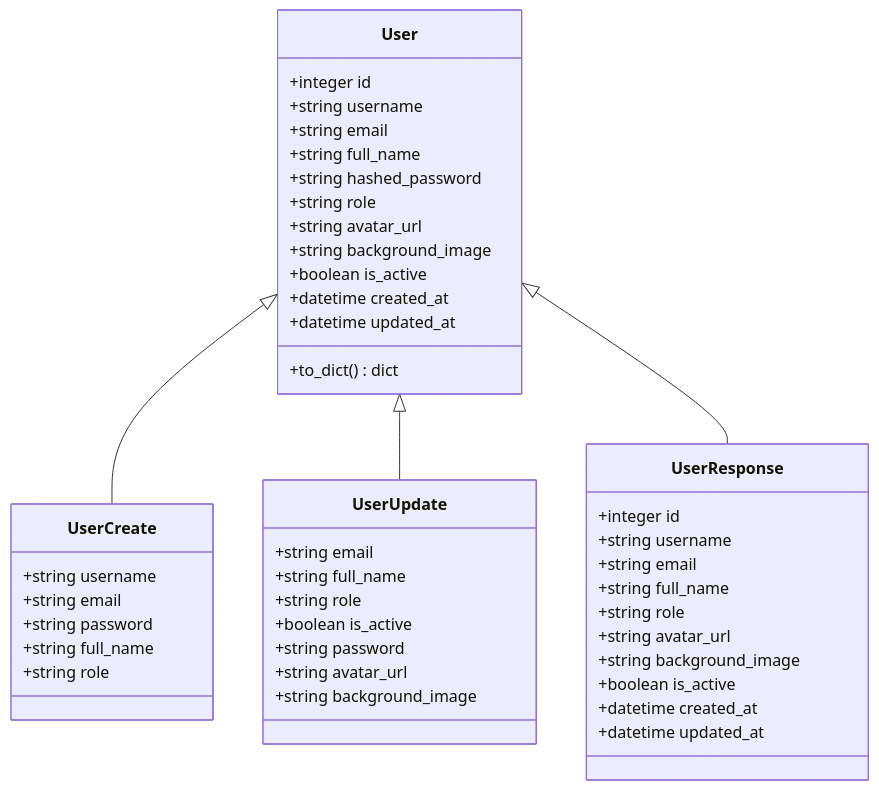
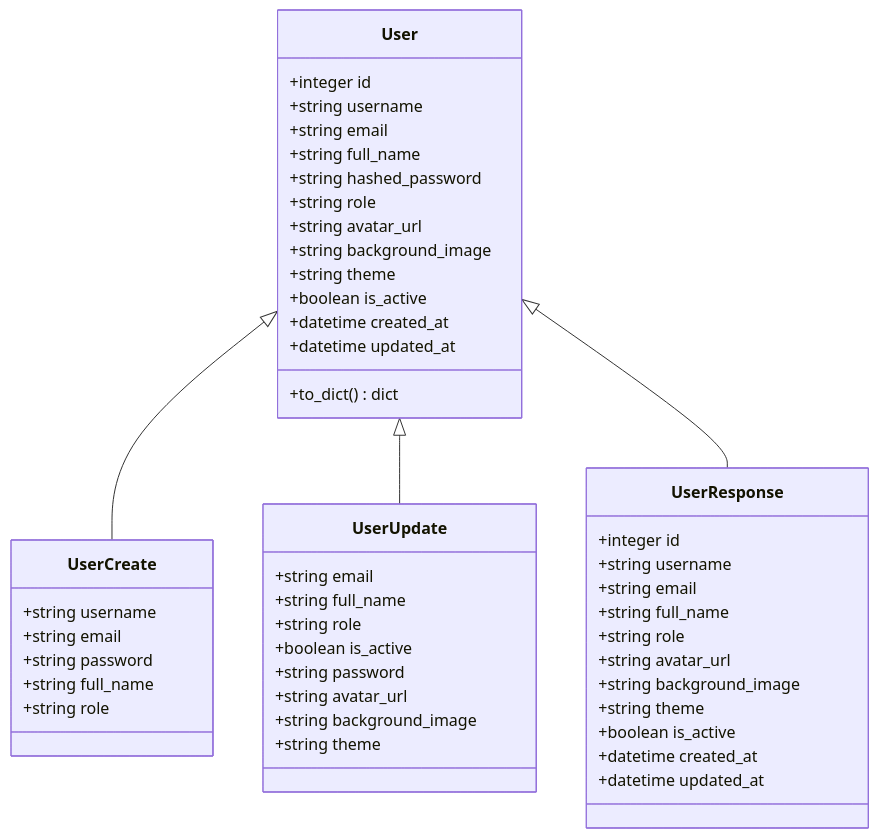
Before and after one commit to Nikita5543/New-SSO-02: the third of 13 diagrams in .qoder/repowiki/en/content/Per-User Background Image System.md, drawn with Mermaid. The commit also changed other lines of this file and 3 other files, not shown here.

````diff
--- a/.qoder/repowiki/en/content/Per-User Background Image System.md
+++ b/.qoder/repowiki/en/content/Per-User Background Image System.md
@@ -152,48 +161,51 @@
 ```mermaid
 classDiagram
 class User {
 +integer id
 +string username
 +string email
 +string full_name
 +string hashed_password
 +string role
 +string avatar_url
 +string background_image
++string theme
 +boolean is_active
 +datetime created_at
 +datetime updated_at
 +to_dict() dict
 }
 class UserCreate {
 +string username
 +string email
 +string password
 +string full_name
 +string role
 }
 class UserUpdate {
 +string email
 +string full_name
 +string role
 +boolean is_active
 +string password
 +string avatar_url
 +string background_image
++string theme
 }
 class UserResponse {
 +integer id
 +string username
 +string email
 +string full_name
 +string role
 +string avatar_url
 +string background_image
++string theme
 +boolean is_active
 +datetime created_at
 +datetime updated_at
 }
 User <|-- UserCreate
 User <|-- UserUpdate
 User <|-- UserResponse
 ```
````
